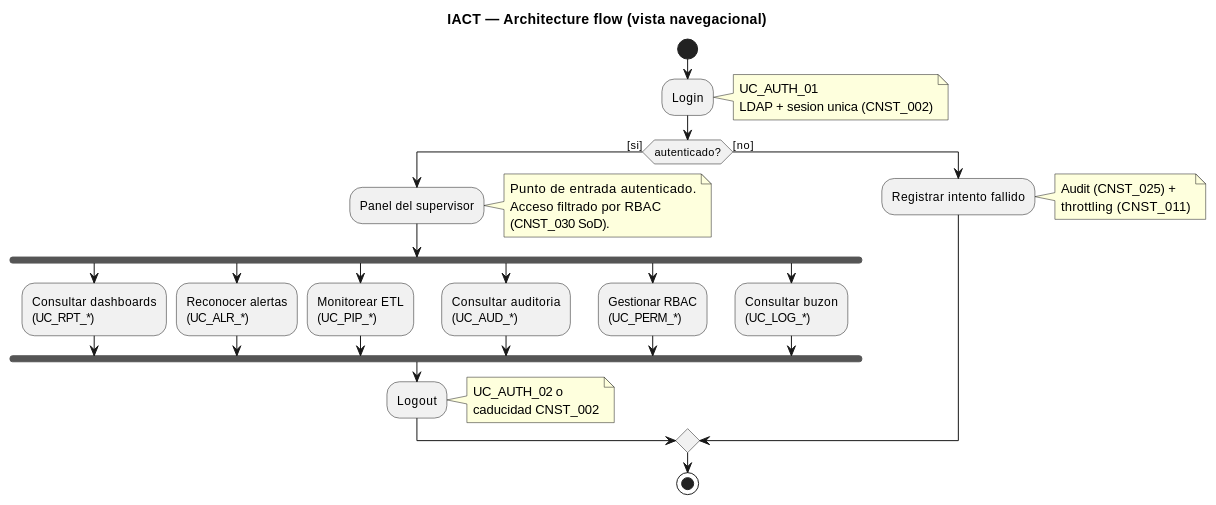
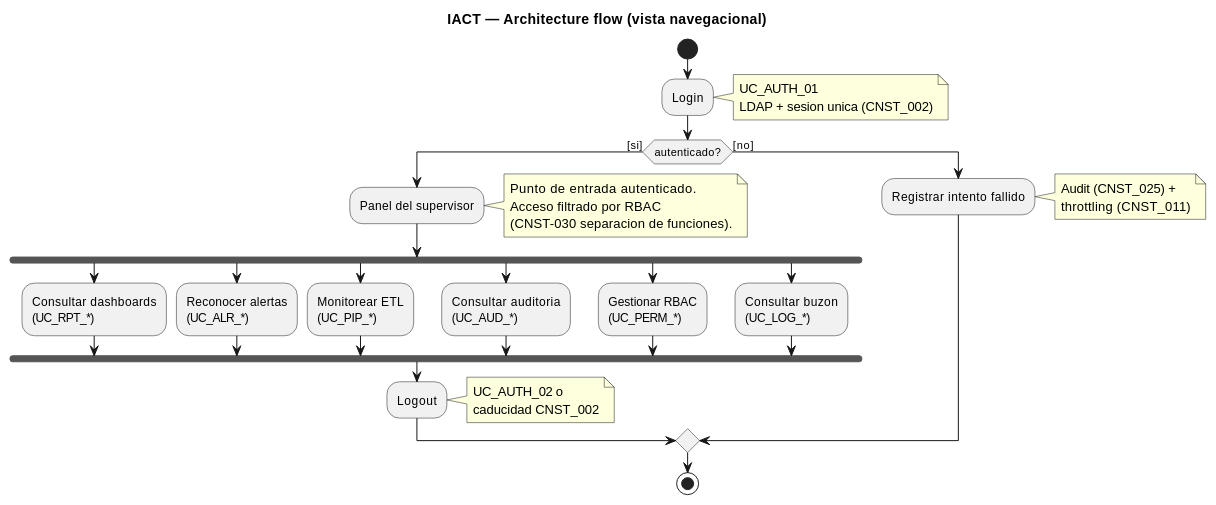
One commit to jcg-admin/IACT-docs changed the diagram in source/requisitos/_metodologia-aplicacion/casos-uso-diagramas/architecture-flow-iact.rst. Above: the diagram before and after it, drawn with PlantUML. The commit also changed 15 other files, not shown here.

```diff
--- a/source/requisitos/_metodologia-aplicacion/casos-uso-diagramas/architecture-flow-iact.rst
+++ b/source/requisitos/_metodologia-aplicacion/casos-uso-diagramas/architecture-flow-iact.rst
@@ -8,56 +8,56 @@
 .. uml::
 
    @startuml
    title IACT — Architecture flow (vista navegacional)
 
    start
 
    :Login;
    note right
      UC_AUTH_01
      LDAP + sesion unica (CNST_002)
    end note
 
    if (autenticado?) then ([si])
      :Panel del supervisor;
      note right
        Punto de entrada autenticado.
        Acceso filtrado por RBAC
-       (CNST_030 SoD).
+       (CNST-030 separacion de funciones).
      end note
 
      fork
        :Consultar dashboards
        (UC_RPT_*);
      fork again
        :Reconocer alertas
        (UC_ALR_*);
      fork again
        :Monitorear ETL
        (UC_PIP_*);
      fork again
        :Consultar auditoria
        (UC_AUD_*);
      fork again
        :Gestionar RBAC
        (UC_PERM_*);
      fork again
        :Consultar buzon
        (UC_LOG_*);
      end fork
 
      :Logout;
      note right
        UC_AUTH_02 o
        caducidad CNST_002
      end note
    else ([no])
      :Registrar intento fallido;
      note right
        Audit (CNST_025) +
        throttling (CNST_011)
      end note
    endif
 
    stop
    @enduml
```
